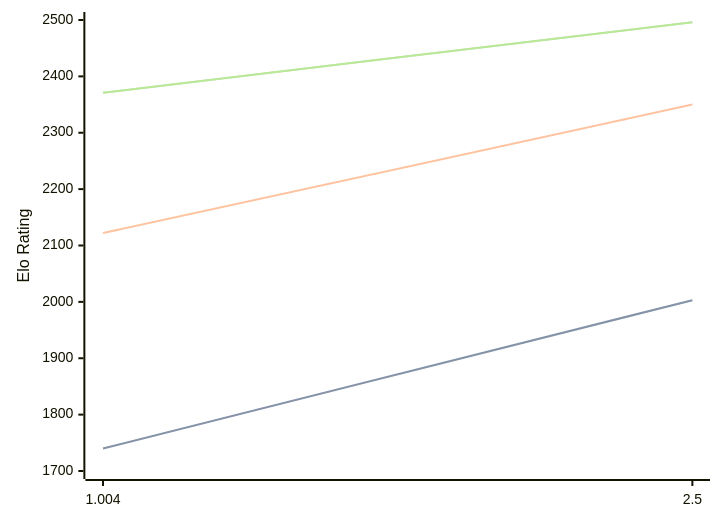
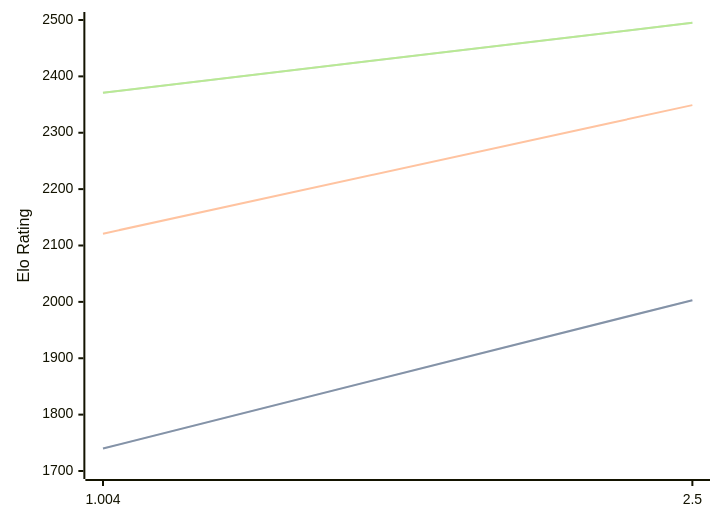
The diagram in engines/Ares.md (computer-chess-index/cci), drawn with Mermaid before and after one commit. The commit also changed other lines of this file, not shown here.

Commit message:
Update CCI Ratings (ELO VLTC) - 2026-03-01

````diff
--- a/engines/Ares.md
+++ b/engines/Ares.md
@@ -30,11 +30,11 @@
 ```mermaid
 %%{init: {"theme":"base","themeVariables":{"seriesColors:['#a3a3a3','#222221','#faa371']}}}%%
 xychart-beta
   x-axis ["1.004", "2.5"]
   y-axis "Elo Rating" 1700 --> 2500
   line "STC (8.0+0.08s)" [1740, 2003]
   line "STC (8.0+0.08s)" [1740, 2003]
-  line "LTC (60.0+0.60s)" [2122, 2350]
-  line "VLTC (2m24s+1.12s)" [2371, 2496]
-  line "VLTC (2m24s+1.12s)" [2371, 2496]
+  line "LTC (60.0+0.60s)" [2121, 2349]
+  line "VLTC (2m24s+1.12s)" [2371, 2495]
+  line "VLTC (2m24s+1.12s)" [2371, 2495]
 ```
````
